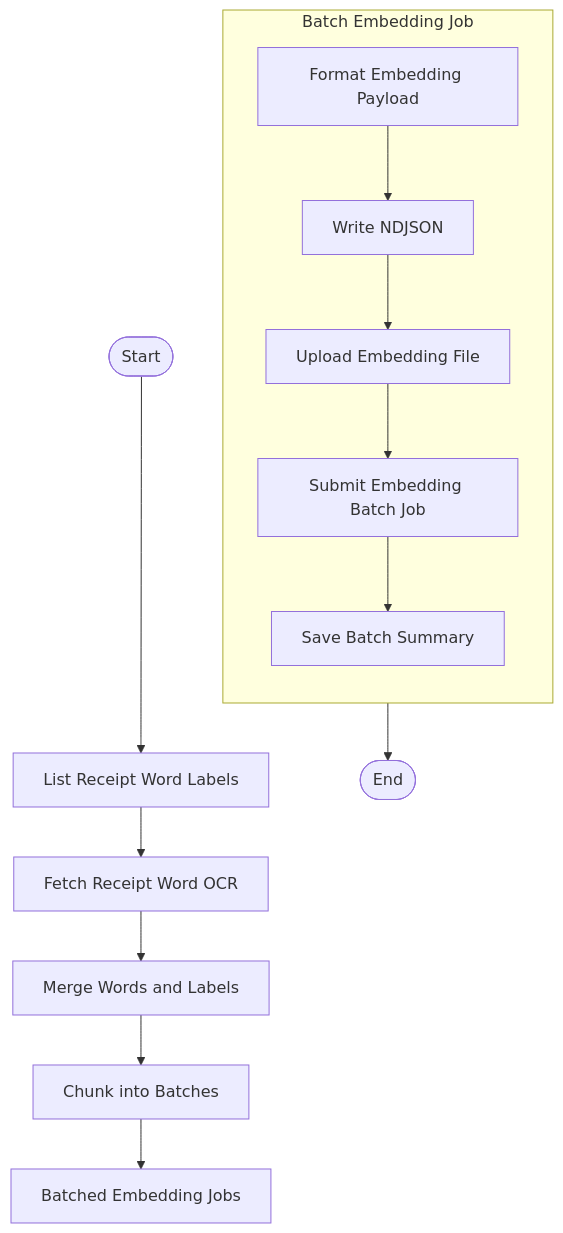
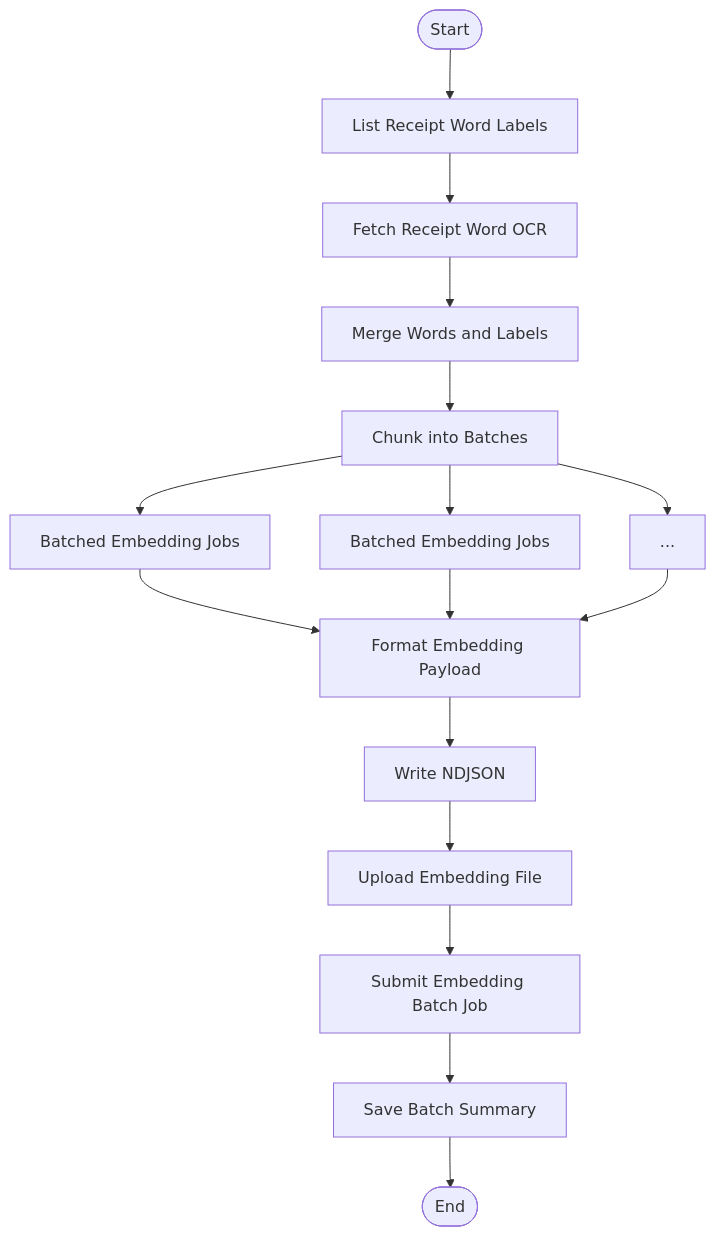
The diagram in receipt_label/submit_embedding_batch/README.md (tnorlund/Portfolio), drawn with Mermaid before and after one commit.

````diff
--- a/receipt_label/submit_embedding_batch/README.md
+++ b/receipt_label/submit_embedding_batch/README.md
@@ -47,19 +47,21 @@
 ```mermaid
 flowchart TD
     Start([Start]) --> ListReceiptWordLabels["List Receipt Word Labels"]
     ListReceiptWordLabels --> FetchReceiptWords["Fetch Receipt Word OCR"]
     FetchReceiptWords --> JoinWordsAndLabels["Merge Words and Labels"]
     JoinWordsAndLabels --> ChunkIntoEmbeddingBatches["Chunk into Batches"]
 
-    ChunkIntoEmbeddingBatches --> EachEmbeddingBatch["Batched Embedding Jobs"]
+    ChunkIntoEmbeddingBatches --> EachEmbeddingBatch1["Batched Embedding Jobs"]
+    ChunkIntoEmbeddingBatches --> EachEmbeddingBatch2["Batched Embedding Jobs"]
+    ChunkIntoEmbeddingBatches --> EachEmbeddingBatchEllipsis["..."]
 
-    subgraph "Batch Embedding Job"
-        direction TB
-        GenerateOpenAIInput["Format Embedding Payload"] --> WriteNDJSON["Write NDJSON"]
-        WriteNDJSON --> UploadEmbeddingFile["Upload Embedding File"]
-        UploadEmbeddingFile --> SubmitEmbeddingBatchJob["Submit Embedding Batch Job"]
-        SubmitEmbeddingBatchJob --> SaveBatchSummary["Save Batch Summary"]
-    end
+    EachEmbeddingBatch1 --> GenerateOpenAIInput["Format Embedding Payload"]
+    GenerateOpenAIInput --> WriteNDJSON["Write NDJSON"]
+    WriteNDJSON --> UploadEmbeddingFile["Upload Embedding File"]
+    UploadEmbeddingFile --> SubmitEmbeddingBatchJob["Submit Embedding Batch Job"]
+    SubmitEmbeddingBatchJob --> SaveBatchSummary["Save Batch Summary"]
+    SaveBatchSummary --> End([End])
 
-    SaveBatchSummary --> End([End])
+    EachEmbeddingBatch2 --> GenerateOpenAIInput
+    EachEmbeddingBatchEllipsis --> GenerateOpenAIInput
 ```
````
